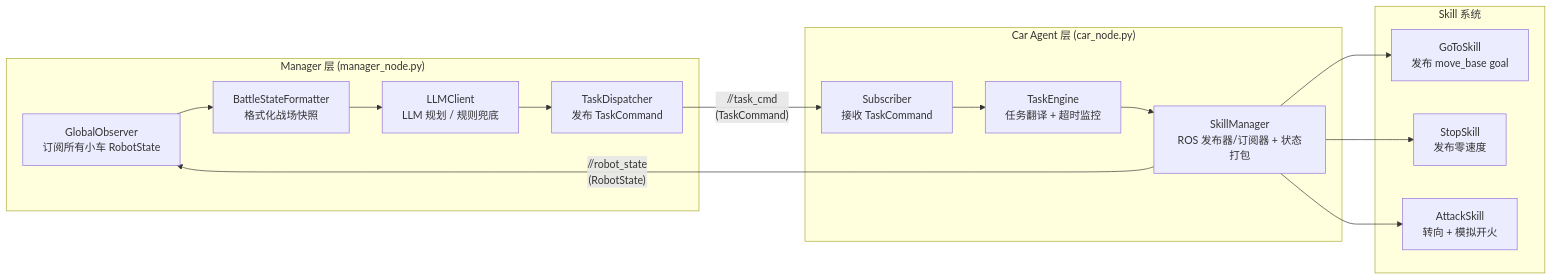
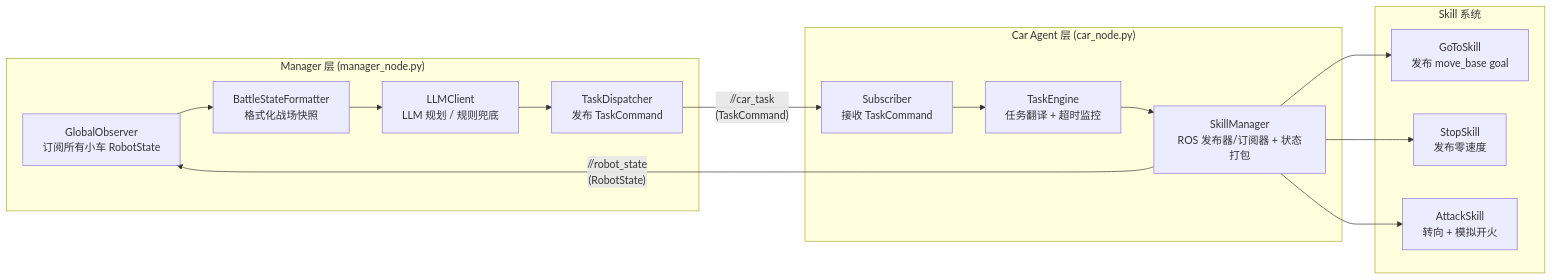
The diagram in TECHNICAL.md (lejm16/robot_vs), drawn with Mermaid before and after one commit. The commit also changed other lines of this file and 10 other files, not shown here.

````diff
--- a/TECHNICAL.md
+++ b/TECHNICAL.md
@@ -55,27 +56,27 @@
 ```mermaid
 flowchart LR
     subgraph Manager["Manager 层 (manager_node.py)"]
         OBS["GlobalObserver\n订阅所有小车 RobotState"]
         FMT["BattleStateFormatter\n格式化战场快照"]
         LLM["LLMClient\nLLM 规划 / 规则兜底"]
         DIS["TaskDispatcher\n发布 TaskCommand"]
         OBS --> FMT --> LLM --> DIS
     end
 
     subgraph Car["Car Agent 层 (car_node.py)"]
         SUB["Subscriber\n接收 TaskCommand"]
         TE["TaskEngine\n任务翻译 + 超时监控"]
         SM["SkillManager\nROS 发布器/订阅器 + 状态打包"]
         SUB --> TE --> SM
     end
 
     subgraph Skills["Skill 系统"]
         G["GoToSkill\n发布 move_base goal"]
         S["StopSkill\n发布零速度"]
         A["AttackSkill\n转向 + 模拟开火"]
     end
 
-    DIS -- "/<ns>/task_cmd\n(TaskCommand)" --> SUB
+    DIS -- "/<ns>/car_task\n(TaskCommand)" --> SUB
     SM -- "/<ns>/robot_state\n(RobotState)" --> OBS
     SM --> G & S & A
 ```
````
